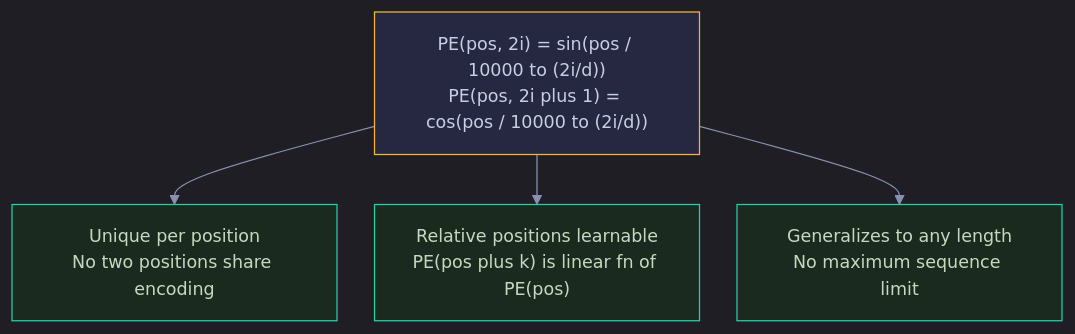
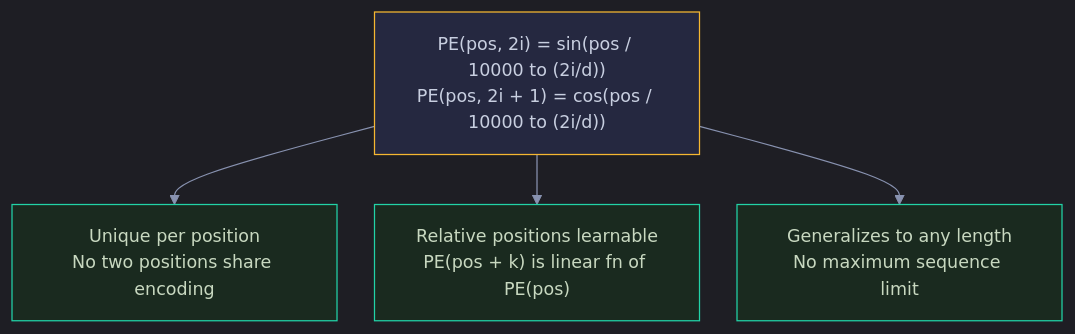
One commit to snehith1234/StudyCircle changed the eighth of 13 diagrams in Documents/Visual_Guides/Deep_Learning/Transformers_Visual.md. Above: the diagram before and after it, drawn with Mermaid. The commit also changed other lines of this file and 10 other files, not shown here.

First line of the commit message:
Fix Mermaid formatting and add RNN/LSTM guides

````diff
--- a/Documents/Visual_Guides/Deep_Learning/Transformers_Visual.md
+++ b/Documents/Visual_Guides/Deep_Learning/Transformers_Visual.md
@@ -169,13 +169,13 @@
 ```mermaid
 %%{init: {'theme': 'dark', 'themeVariables': {'darkMode': true, 'background': '#0e1117', 'primaryColor': '#1a1d2e', 'primaryTextColor': '#e2e8f0', 'primaryBorderColor': '#2d3148', 'lineColor': '#8892b0', 'secondaryColor': '#252840', 'tertiaryColor': '#1a1d2e', 'fontSize': '14px', 'edgeLabelBackground': '#0e1117'}, 'flowchart': {'nodeSpacing': 30, 'rankSpacing': 40, 'padding': 15, 'htmlLabels': true}}}%%
 graph TD
-    FORMULA["PE(pos, 2i) = sin(pos / 10000 to (2i/d))<br/>PE(pos, 2i plus 1) = cos(pos / 10000 to (2i/d))"]
+    FORMULA["PE(pos, 2i) = sin(pos / 10000 to (2i/d))<br/>PE(pos, 2i + 1) = cos(pos / 10000 to (2i/d))"]
     FORMULA --> P1["Unique per position<br/>No two positions share encoding"]
-    FORMULA --> P2["Relative positions learnable<br/>PE(pos plus k) is linear fn of PE(pos)"]
+    FORMULA --> P2["Relative positions learnable<br/>PE(pos + k) is linear fn of PE(pos)"]
     FORMULA --> P3["Generalizes to any length<br/>No maximum sequence limit"]
 
     style FORMULA fill:#252840,stroke:#f5b731,color:#c8cfe0
     style P1 fill:#1a2a1f,stroke:#22d3a7,color:#c8d8c0
     style P2 fill:#1a2a1f,stroke:#22d3a7,color:#c8d8c0
     style P3 fill:#1a2a1f,stroke:#22d3a7,color:#c8d8c0
 ```
````
